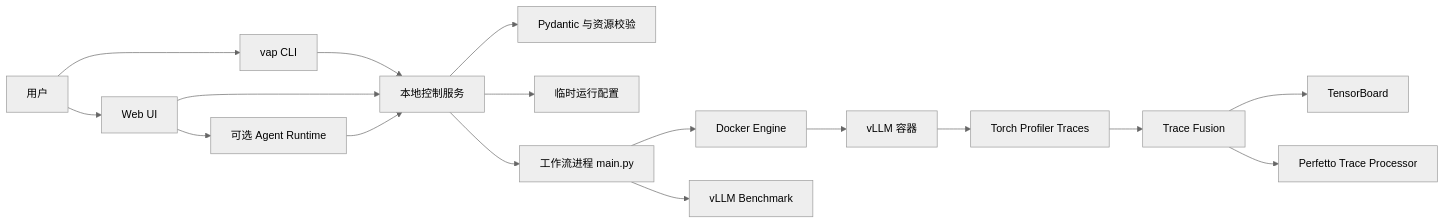
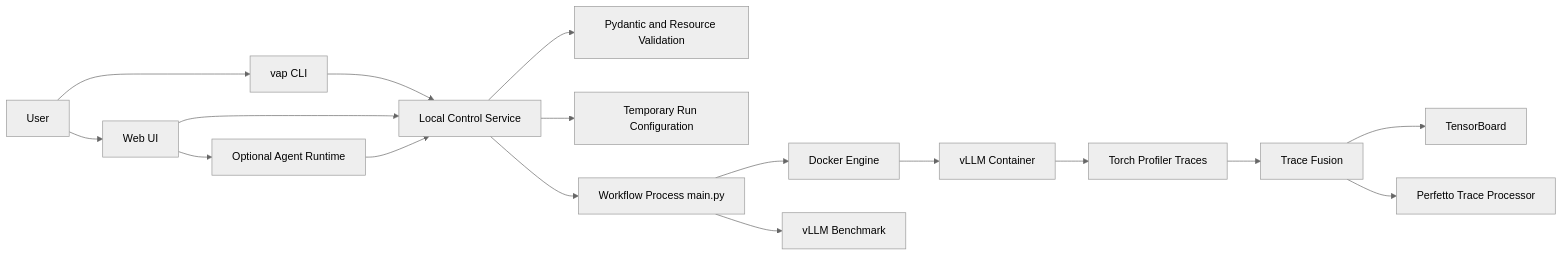
Before and after one commit to Shan2L/VAP: the diagram in DEPLOYMENT_AND_TECHNICAL_REPORT.md, drawn with Mermaid (neutral theme). The commit also changed other lines of this file and 7 other files, not shown here.

````diff
--- a/DEPLOYMENT_AND_TECHNICAL_REPORT.md
+++ b/DEPLOYMENT_AND_TECHNICAL_REPORT.md
@@ -21,19 +21,19 @@
 ```mermaid
 flowchart LR
-    Operator[用户] --> CLI[vap CLI]
+    Operator[User] --> CLI[vap CLI]
     Operator --> UI[Web UI]
-    CLI --> Server[本地控制服务]
+    CLI --> Server[Local Control Service]
     UI --> Server
-    Server --> Validation[Pydantic 与资源校验]
-    Server --> TempConfig[临时运行配置]
-    Server --> Workflow[工作流进程 main.py]
+    Server --> Validation[Pydantic and Resource Validation]
+    Server --> TempConfig[Temporary Run Configuration]
+    Server --> Workflow[Workflow Process main.py]
     Workflow --> Docker[Docker Engine]
-    Docker --> VLLM[vLLM 容器]
+    Docker --> VLLM[vLLM Container]
     Workflow --> Benchmark[vLLM Benchmark]
     VLLM --> Traces[Torch Profiler Traces]
     Traces --> Fusion[Trace Fusion]
     Fusion --> TensorBoard[TensorBoard]
     Fusion --> Perfetto[Perfetto Trace Processor]
-    UI --> Agent[可选 Agent Runtime]
+    UI --> Agent[Optional Agent Runtime]
     Agent --> Server
 ```
````
